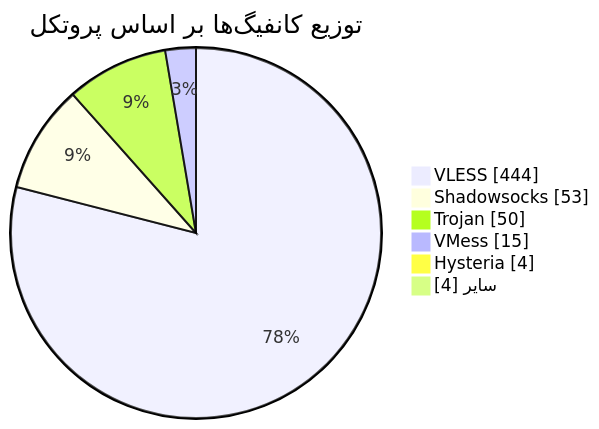
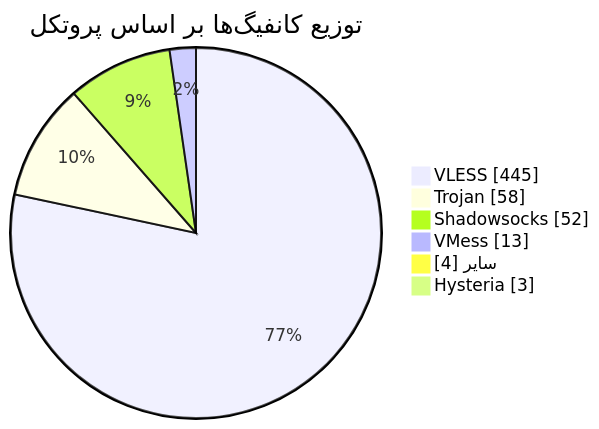
Before and after one commit to Arian-Alijani/Somthing: the diagram in README.md, drawn with Mermaid. The commit also changed other lines of this file and 17 other files, not shown here.

````diff
--- a/README.md
+++ b/README.md
@@ -48,10 +48,10 @@
 ```mermaid
 pie showData
     title توزیع کانفیگ‌ها بر اساس پروتکل
-    "VLESS" : 444
-    "Shadowsocks" : 53
-    "Trojan" : 50
-    "VMess" : 15
-    "Hysteria" : 4
+    "VLESS" : 445
+    "Trojan" : 58
+    "Shadowsocks" : 52
+    "VMess" : 13
     "سایر" : 4
+    "Hysteria" : 3
 ```
````
